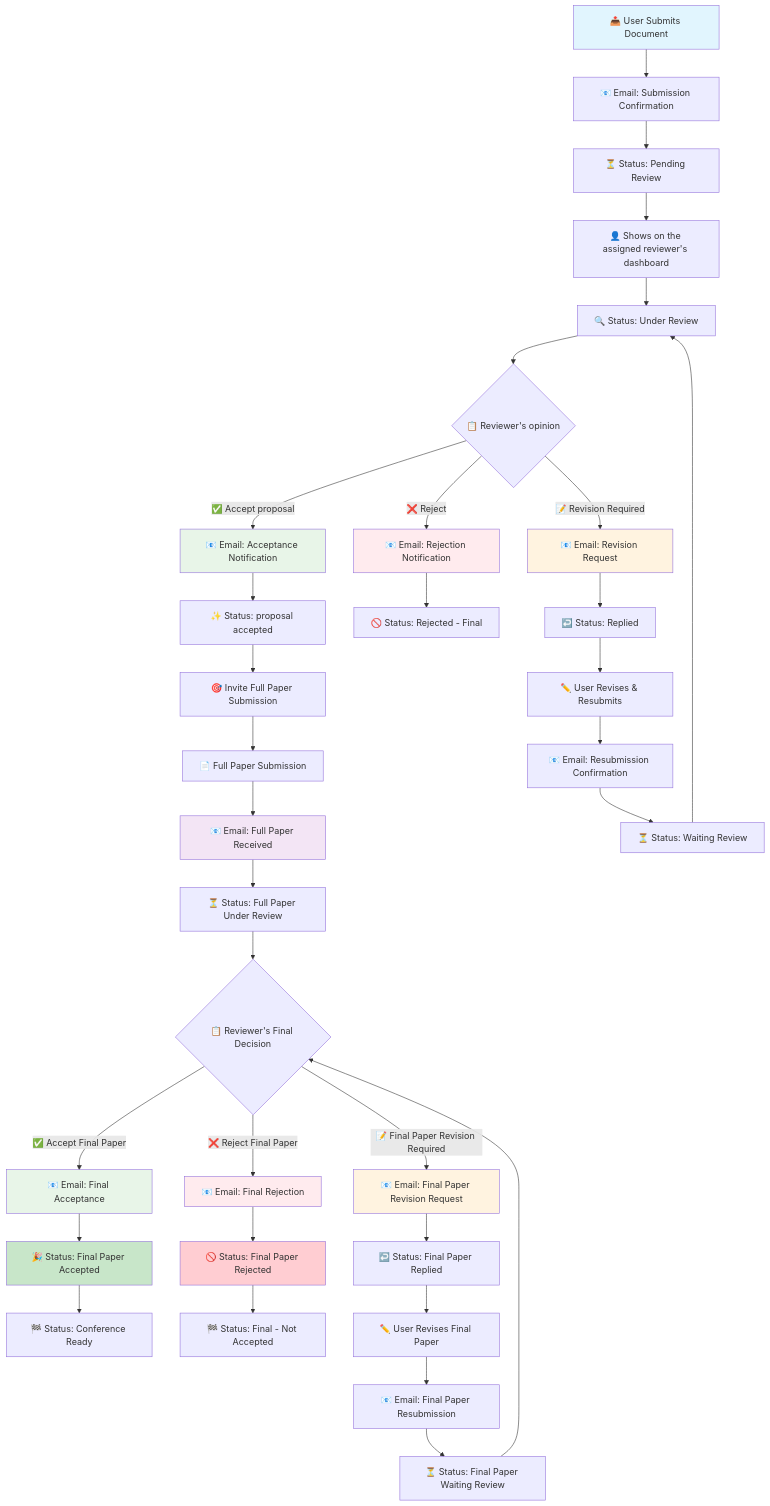
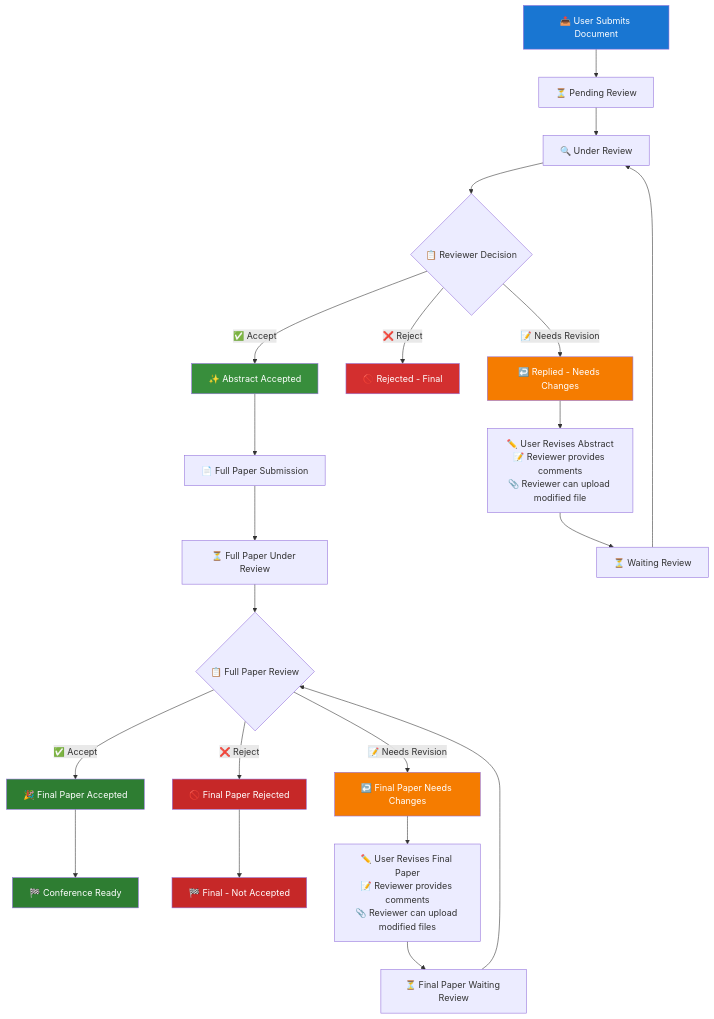
One commit to brian033/bmesite changed the diagram in README.md. Above: the diagram before and after it, drawn with Mermaid. The commit also changed other lines of this file and 5 other files, not shown here.

````diff
--- a/README.md
+++ b/README.md
@@ -84,55 +128,40 @@
 ```mermaid
 flowchart TD
-    A[📤 User Submits Document] --> B[📧 Email: Submission Confirmation]
-    B --> C[⏳ Status: Pending Review]
-    C --> D[👤 Shows on the assigned reviewer's dashboard]
-    D --> E[🔍 Status: Under Review]
+    A[📤 User Submits Document] --> B[⏳ Pending Review]
+    B --> C[🔍 Under Review]
 
-    E --> F{📋 Reviewer's opinion}
+    C --> D{📋 Reviewer Decision}
 
-    F -->|✅ Accept proposal| G[📧 Email: Acceptance Notification]
-    G --> H[✨ Status: proposal accepted]
-    H --> I[🎯 Invite Full Paper Submission]
+    D -->|✅ Accept| E[✨ Abstract Accepted]
+    D -->|❌ Reject| F[🚫 Rejected - Final]
+    D -->|📝 Needs Revision| G[↩️ Replied - Needs Changes]
 
-    F -->|❌ Reject| J[📧 Email: Rejection Notification]
-    J --> K[🚫 Status: Rejected - Final]
+    G --> H[✏️ User Revises Abstract<br/>📝 Reviewer provides comments<br/>📎 Reviewer can upload modified file]
+    H --> I[⏳ Waiting Review]
+    I --> C
 
-    F -->|📝 Revision Required| L[📧 Email: Revision Request]
-    L --> M[↩️ Status: Replied]
-    M --> N[✏️ User Revises & Resubmits]
-    N --> O[📧 Email: Resubmission Confirmation]
-    O --> P[⏳ Status: Waiting Review]
-    P --> E
+    E --> J[📄 Full Paper Submission]
+    J --> K[⏳ Full Paper Under Review]
+    K --> L{📋 Full Paper Review}
 
-    I --> Q[📄 Full Paper Submission]
-    Q --> R[📧 Email: Full Paper Received]
-    R --> T[⏳ Status: Full Paper Under Review]
-    T --> U{📋 Reviewer's Final Decision}
-    
-    U -->|✅ Accept Final Paper| V[📧 Email: Final Acceptance]
-    V --> W[🎉 Status: Final Paper Accepted]
-    
-    U -->|❌ Reject Final Paper| X[📧 Email: Final Rejection]
-    X --> Y[🚫 Status: Final Paper Rejected]
-    
-    U -->|📝 Final Paper Revision Required| Z[📧 Email: Final Paper Revision Request]
-    Z --> AA[↩️ Status: Final Paper Replied]
-    AA --> BB[✏️ User Revises Final Paper]
-    BB --> CC[📧 Email: Final Paper Resubmission]
-    CC --> DD[⏳ Status: Final Paper Waiting Review]
-    DD --> U
-    
-    W --> S[🏁 Status: Conference Ready]
-    Y --> EE[🏁 Status: Final - Not Accepted]
+    L -->|✅ Accept| M[🎉 Final Paper Accepted]
+    L -->|❌ Reject| N[🚫 Final Paper Rejected]
+    L -->|📝 Needs Revision| O[↩️ Final Paper Needs Changes]
 
-    style A fill:#e1f5fe
-    style G fill:#e8f5e8
-    style J fill:#ffebee
-    style L fill:#fff3e0
-    style R fill:#f3e5f5
-    style V fill:#e8f5e8
-    style X fill:#ffebee
-    style Z fill:#fff3e0
-    style W fill:#c8e6c9
-    style Y fill:#ffcdd2
+    O --> P[✏️ User Revises Final Paper<br/>📝 Reviewer provides comments<br/>📎 Reviewer can upload modified files]
+    P --> Q[⏳ Final Paper Waiting Review]
+    Q --> L
+
+    M --> R[🏁 Conference Ready]
+    N --> S[🏁 Final - Not Accepted]
+
+    style A fill:#1976d2,color:#fff
+    style E fill:#388e3c,color:#fff
+    style F fill:#d32f2f,color:#fff
+    style G fill:#f57c00,color:#fff
+    style M fill:#2e7d32,color:#fff
+    style N fill:#c62828,color:#fff
+    style O fill:#f57c00,color:#fff
+    style R fill:#2e7d32,color:#fff
+    style S fill:#c62828,color:#fff
 ```
````
